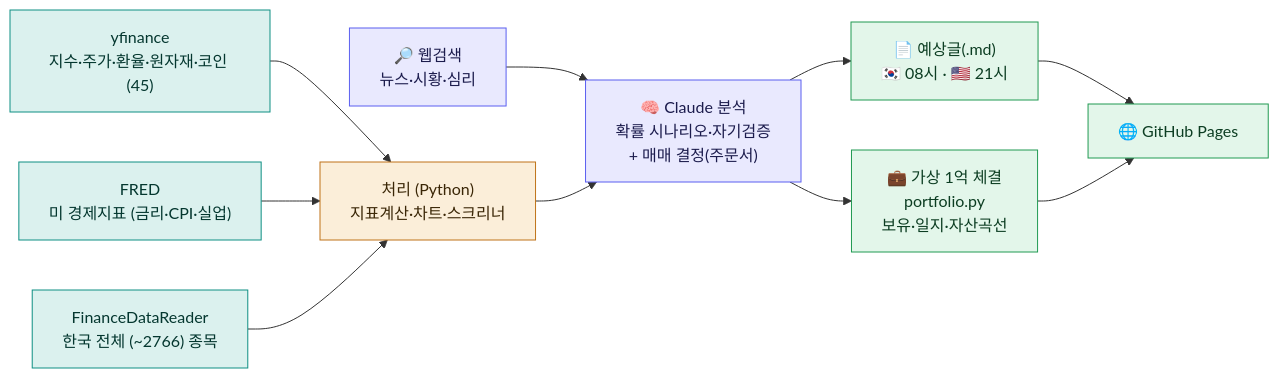
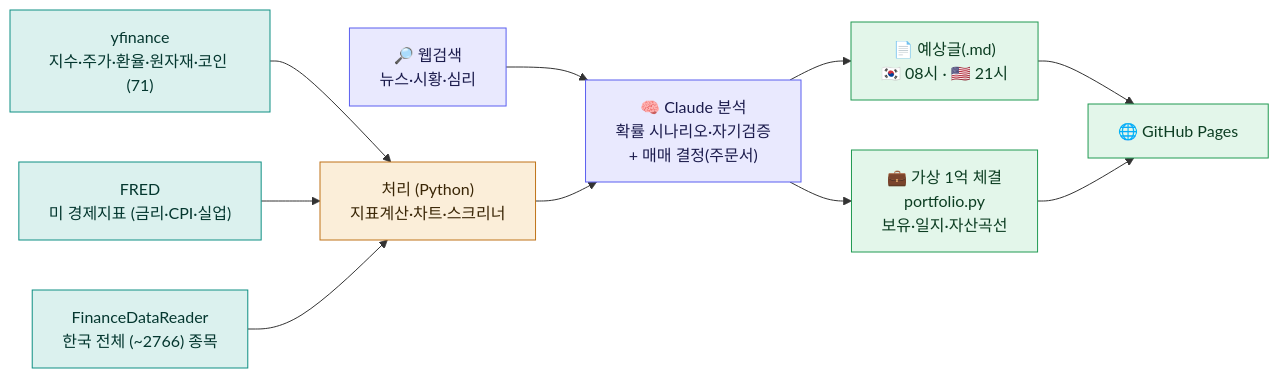
The second of 2 diagrams in docs/OVERVIEW.md (gks930620/stock-daily), drawn with Mermaid before and after one commit. The commit also changed other lines of this file and 8 other files, not shown here.

````diff
--- a/docs/OVERVIEW.md
+++ b/docs/OVERVIEW.md
@@ -63,17 +63,17 @@
 ```mermaid
 flowchart LR
-  Y["yfinance<br/>지수·주가·환율·원자재·코인 (45)"] --> P
+  Y["yfinance<br/>지수·주가·환율·원자재·코인 (71)"] --> P
   FR["FRED<br/>미 경제지표 (금리·CPI·실업)"] --> P
   FD["FinanceDataReader<br/>한국 전체 (~2766) 종목"] --> P
   WS["🔎 웹검색<br/>뉴스·시황·심리"] --> CL
 
   P["처리 (Python)<br/>지표계산·차트·스크리너"] --> CL
   CL["🧠 Claude 분석<br/>확률 시나리오·자기검증<br/>+ 매매 결정(주문서)"] --> R["📄 예상글(.md)<br/>🇰🇷 08시 · 🇺🇸 21시"] --> PG["🌐 GitHub Pages"]
   CL --> PF["💼 가상 1억 체결<br/>portfolio.py<br/>보유·일지·자산곡선"] --> PG
 
   classDef data fill:#dbf1ee,stroke:#0e8f83,color:#04372f;
   classDef proc fill:#fbeed9,stroke:#bf7318,color:#3a2606;
   classDef ai   fill:#e9e9fe,stroke:#5b5ff0,color:#1c1c4d;
   classDef pub  fill:#e3f6ea,stroke:#219a52,color:#0c3d22;
   class Y,FR,FD data; class P proc; class WS,CL ai; class R,PF,PG pub;
 ```
````
